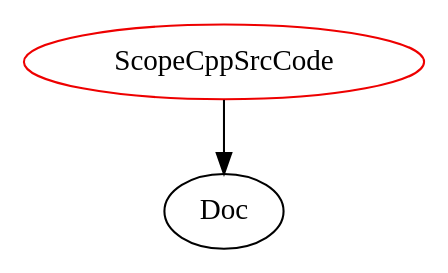
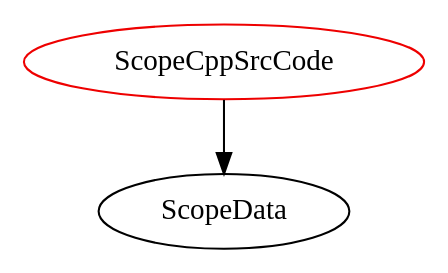
The diagram in analysis/TypeDependencyGraphs/gool/ScopeCppSrcCode.dot (BilalM04/Drasil), drawn with Graphviz before and after one commit. The commit also changed 10664 other files, not shown here.

```diff
--- a/analysis/TypeDependencyGraphs/gool/ScopeCppSrcCode.dot
+++ b/analysis/TypeDependencyGraphs/gool/ScopeCppSrcCode.dot
@@ -1,4 +1,4 @@
 digraph scopecppsrccode{
 ScopeCppSrcCode	[shape=oval, color=red2, label="ScopeCppSrcCode"];
-ScopeCppSrcCode -> Doc;
+ScopeCppSrcCode -> ScopeData;
 }
```
